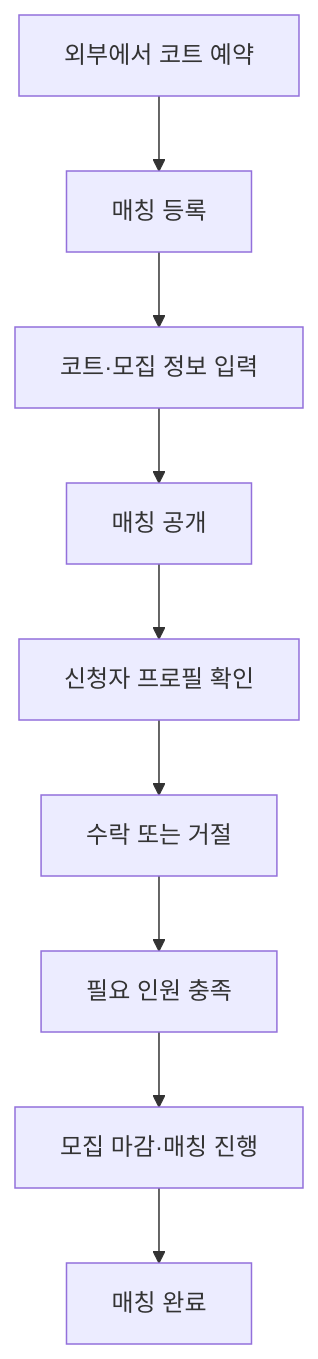
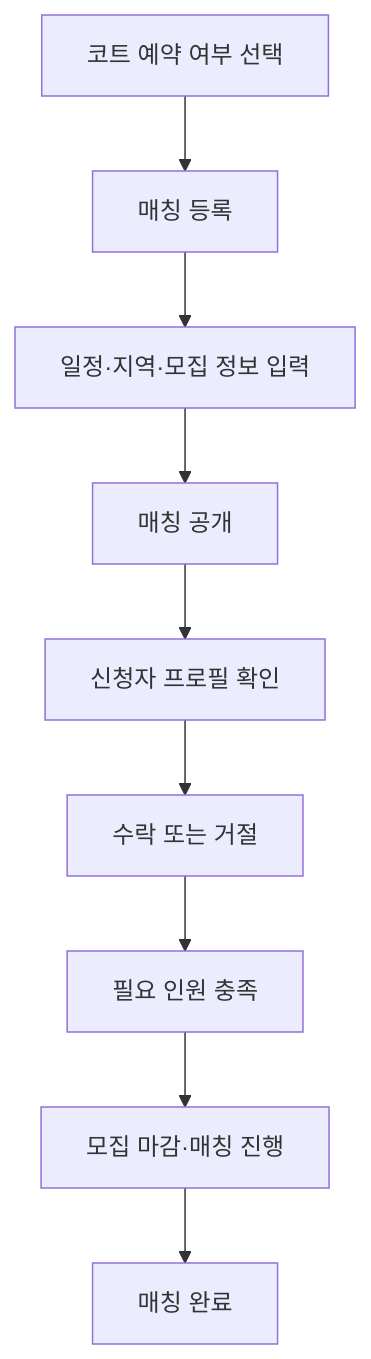
One commit to jsl0319/tennis-mate changed the second of 2 diagrams in docs/02-prd.md. Above: the diagram before and after it, drawn with Mermaid. The commit also changed other lines of this file and 15 other files, not shown here.

````diff
--- a/docs/02-prd.md
+++ b/docs/02-prd.md
@@ -129,11 +129,11 @@
 ```mermaid
 flowchart TD
-    A["외부에서 코트 예약"] --> B["매칭 등록"]
-    B --> C["코트·모집 정보 입력"]
+    A["코트 예약 여부 선택"] --> B["매칭 등록"]
+    B --> C["일정·지역·모집 정보 입력"]
     C --> D["매칭 공개"]
     D --> E["신청자 프로필 확인"]
     E --> F["수락 또는 거절"]
     F --> G["필요 인원 충족"]
     G --> H["모집 마감·매칭 진행"]
     H --> I["매칭 완료"]
 ```
````
